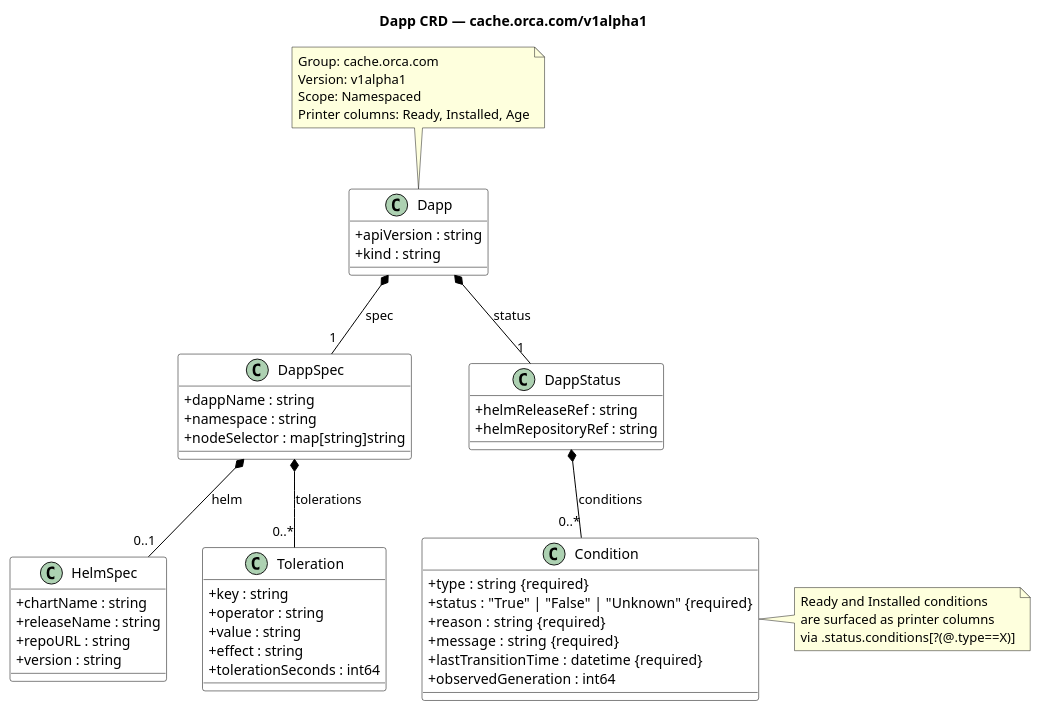
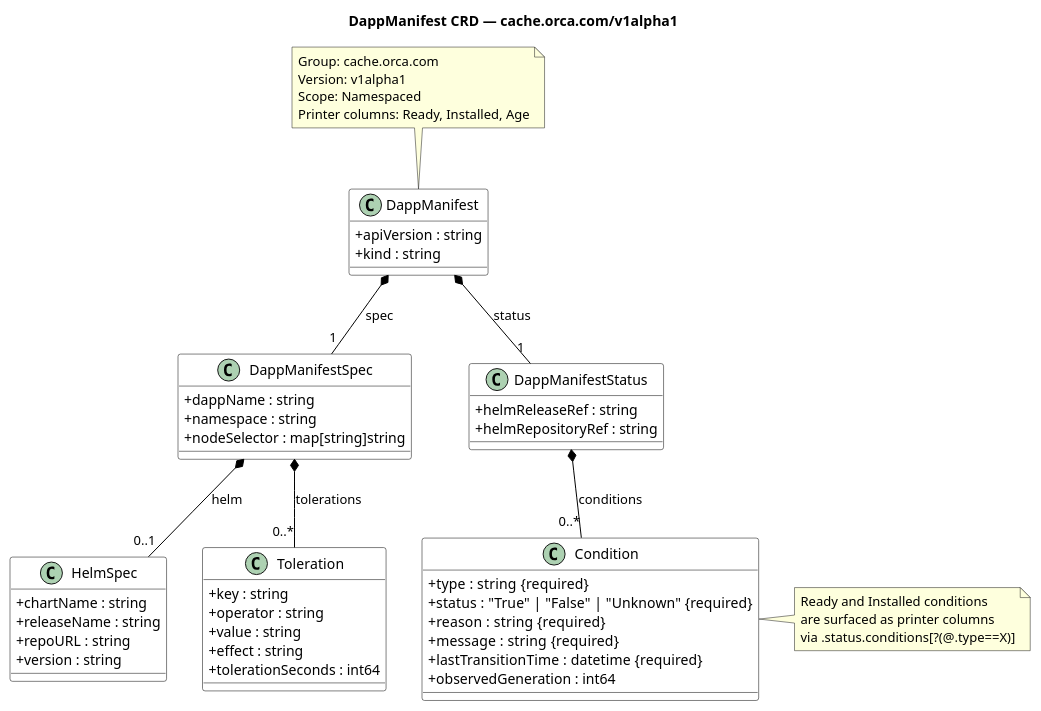
One commit to pedromartinssouza/orca changed the diagram in docs/dapp-crd-class-diagram.puml. Above: the diagram before and after it, drawn with PlantUML. The commit also changed 20 other files, not shown here.

First line of the commit message:
refactor: rename Dapp CRD/kind to DappManifest

```diff
--- a/docs/dapp-crd-class-diagram.puml
+++ b/docs/dapp-crd-class-diagram.puml
@@ -1,70 +1,70 @@
-@startuml dapp-crd-class-diagram
-title Dapp CRD — cache.orca.com/v1alpha1
+@startuml dappmanifest-crd-class-diagram
+title DappManifest CRD — cache.orca.com/v1alpha1
 
 skinparam classAttributeIconSize 0
 skinparam class {
     BackgroundColor White
     BorderColor Black
     ArrowColor Black
 }
 
-class Dapp {
+class DappManifest {
     + apiVersion : string
     + kind : string
 }
 
-class DappSpec {
+class DappManifestSpec {
     + dappName : string
     + namespace : string
     + nodeSelector : map[string]string
 }
 
 class HelmSpec {
     + chartName : string
     + releaseName : string
     + repoURL : string
     + version : string
 }
 
 class Toleration {
     + key : string
     + operator : string
     + value : string
     + effect : string
     + tolerationSeconds : int64
 }
 
-class DappStatus {
+class DappManifestStatus {
     + helmReleaseRef : string
     + helmRepositoryRef : string
 }
 
 class Condition {
     + type : string  {required}
     + status : "True" | "False" | "Unknown"  {required}
     + reason : string  {required}
     + message : string  {required}
     + lastTransitionTime : datetime  {required}
     + observedGeneration : int64
 }
 
-Dapp *-- "1" DappSpec : spec
-Dapp *-- "1" DappStatus : status
-DappSpec *-- "0..1" HelmSpec : helm
-DappSpec *-- "0..*" Toleration : tolerations
-DappStatus *-- "0..*" Condition : conditions
+DappManifest *-- "1" DappManifestSpec : spec
+DappManifest *-- "1" DappManifestStatus : status
+DappManifestSpec *-- "0..1" HelmSpec : helm
+DappManifestSpec *-- "0..*" Toleration : tolerations
+DappManifestStatus *-- "0..*" Condition : conditions
 
-note top of Dapp
+note top of DappManifest
   Group: cache.orca.com
   Version: v1alpha1
   Scope: Namespaced
   Printer columns: Ready, Installed, Age
 end note
 
 note right of Condition
   Ready and Installed conditions
   are surfaced as printer columns
   via .status.conditions[?(@.type==X)]
 end note
 
 @enduml
```
